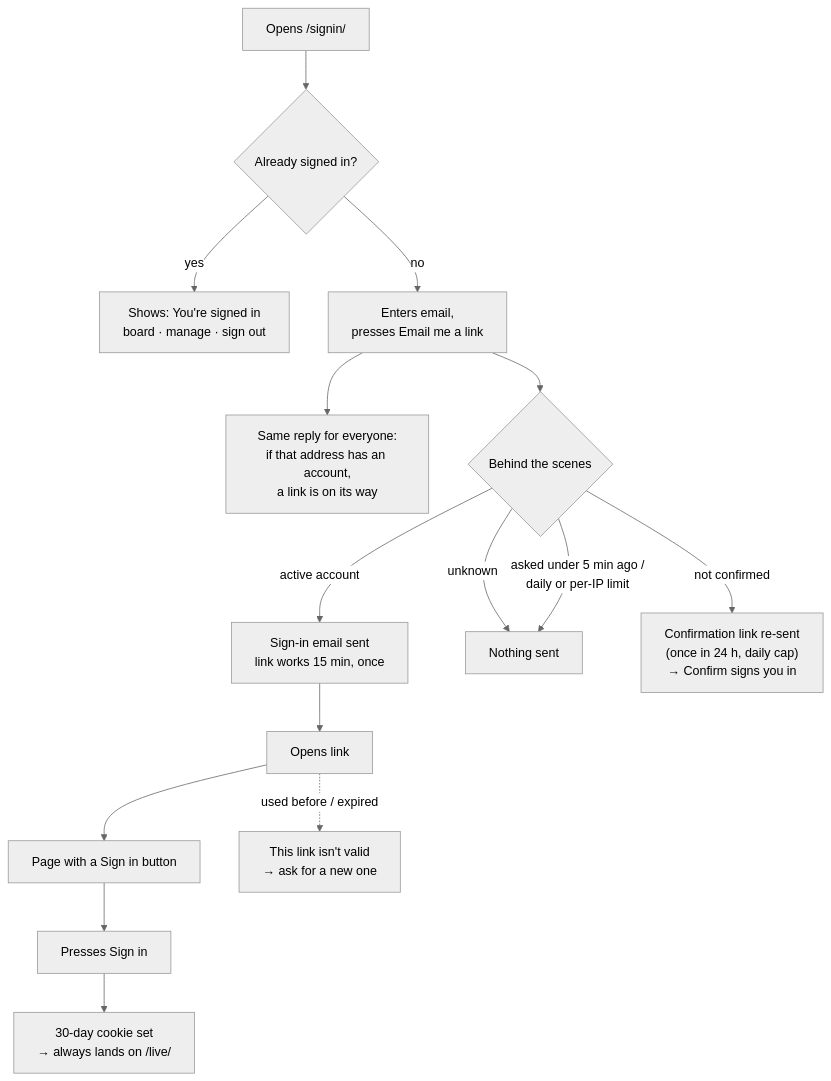
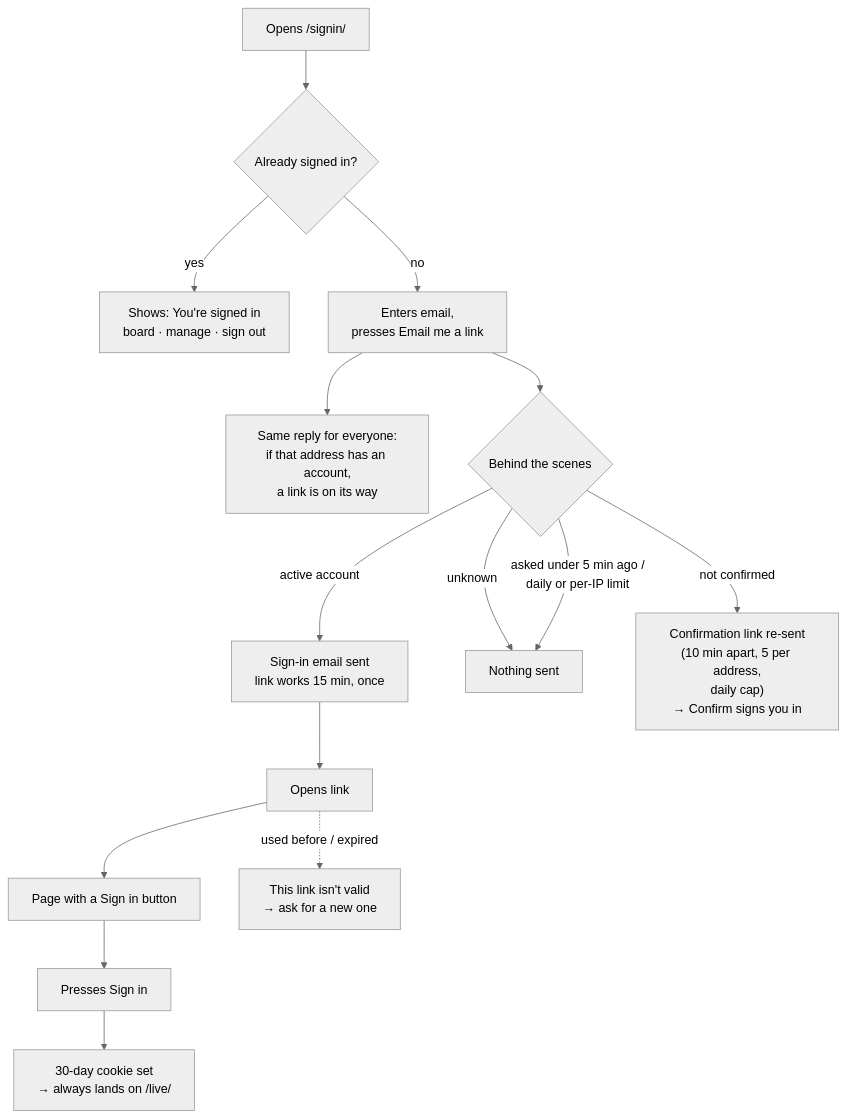
The second of 3 diagrams in docs/subscriptions/account-flows.md (bhawnamanglapm/travel-problem-radar-case-study), drawn with Mermaid (neutral theme) before and after one commit. The commit also changed other lines of this file and 7 other files, not shown here.

First line of the commit message:
Docs: confirmation re-send after 10 minutes (account-flows #9)

````diff
--- a/docs/subscriptions/account-flows.md
+++ b/docs/subscriptions/account-flows.md
@@ -48,17 +49,17 @@
 ```mermaid
 flowchart TD
   A["Opens /signin/"] --> B{"Already signed in?"}
   B -- yes --> B1["Shows: You're signed in<br/>board · manage · sign out"]
   B -- no --> C["Enters email,<br/>presses Email me a link"]
   C --> R["Same reply for everyone:<br/>if that address has an account,<br/>a link is on its way"]
   C --> D{"Behind the scenes"}
   D -- "active account" --> E["Sign-in email sent<br/>link works 15 min, once"]
   D -- "unknown" --> N["Nothing sent"]
-  D -- "not confirmed" --> CF["Confirmation link re-sent<br/>(once in 24 h, daily cap)<br/>→ Confirm signs you in"]
+  D -- "not confirmed" --> CF["Confirmation link re-sent<br/>(10 min apart, 5 per address,<br/>daily cap)<br/>→ Confirm signs you in"]
   D -- "asked under 5 min ago /<br/>daily or per-IP limit" --> N
   E --> F["Opens link"]
   F --> G["Page with a Sign in button"]
   G --> H["Presses Sign in"]
   H --> I["30-day cookie set<br/>→ always lands on /live/"]
   F -. "used before / expired" .-> Z["This link isn't valid<br/>→ ask for a new one"]
 ```
````
